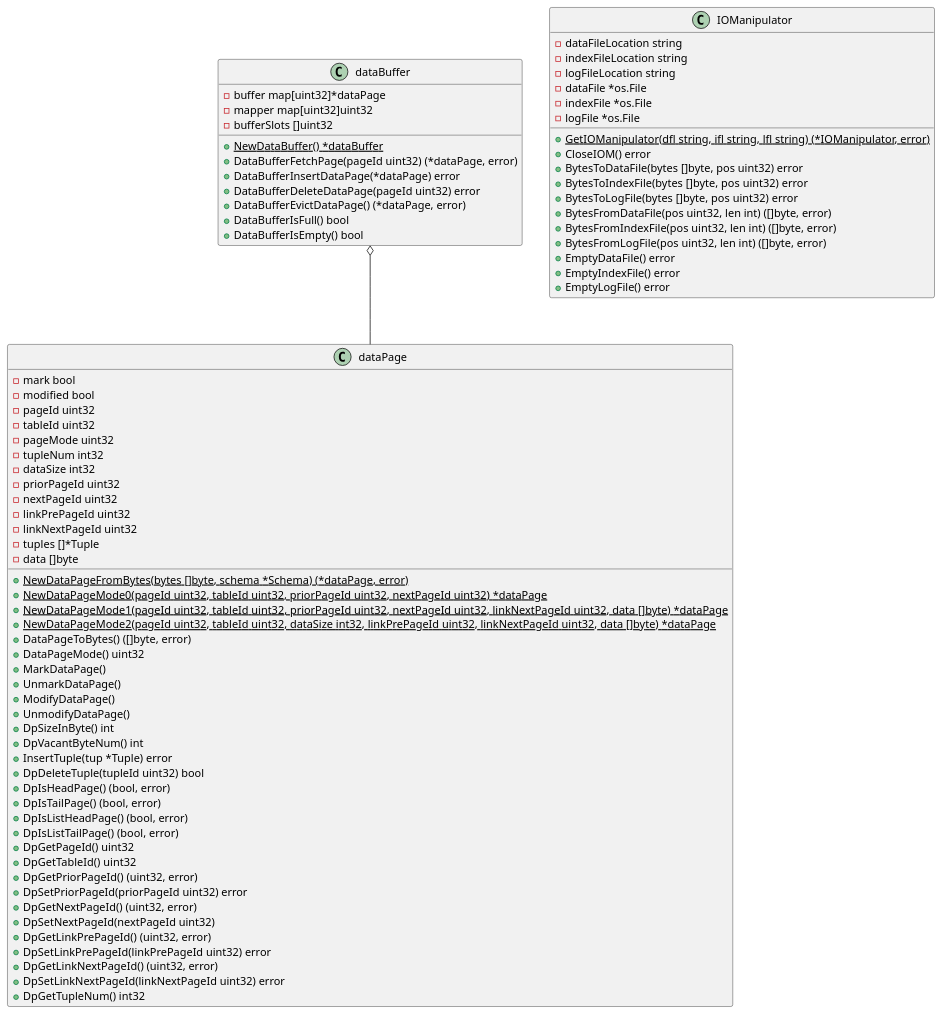
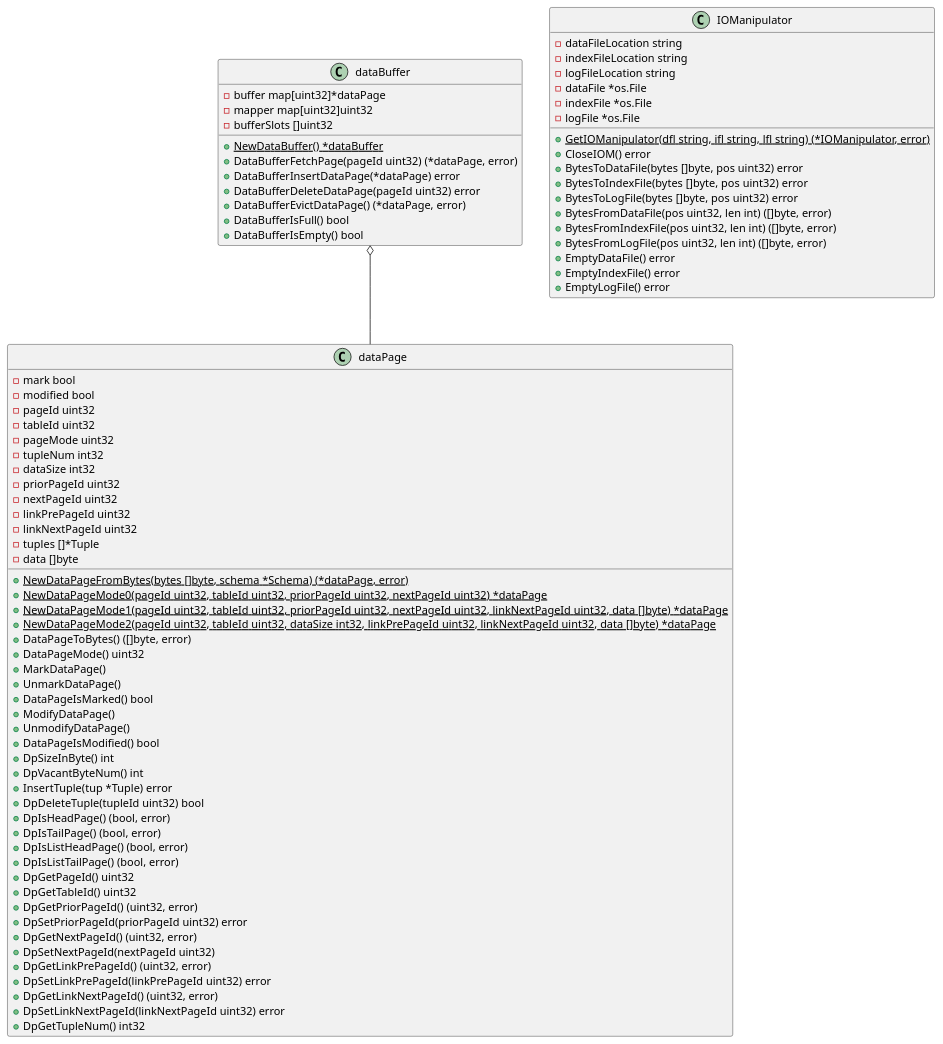
One commit to JorryJoestar/ZetaDB changed the diagram in UML/storage.wsd. Above: the diagram before and after it, drawn with PlantUML. The commit also changed 3 other files, not shown here.

```diff
--- a/UML/storage.wsd
+++ b/UML/storage.wsd
@@ -1,85 +1,87 @@
 @startuml
 
 class dataPage {
     -mark bool
     -modified bool
     -pageId uint32
     -tableId uint32
     -pageMode uint32
     -tupleNum int32
     -dataSize int32
     -priorPageId uint32
     -nextPageId uint32
     -linkPrePageId uint32
     -linkNextPageId uint32
     -tuples []*Tuple
     -data []byte
 
     +{static} NewDataPageFromBytes(bytes []byte, schema *Schema) (*dataPage, error)
     +{static} NewDataPageMode0(pageId uint32, tableId uint32, priorPageId uint32, nextPageId uint32) *dataPage
     +{static} NewDataPageMode1(pageId uint32, tableId uint32, priorPageId uint32, nextPageId uint32, linkNextPageId uint32, data []byte) *dataPage
     +{static} NewDataPageMode2(pageId uint32, tableId uint32, dataSize int32, linkPrePageId uint32, linkNextPageId uint32, data []byte) *dataPage
     +DataPageToBytes() ([]byte, error)
     +DataPageMode() uint32
     +MarkDataPage()
     +UnmarkDataPage()
+    +DataPageIsMarked() bool
     +ModifyDataPage()
     +UnmodifyDataPage()
+    +DataPageIsModified() bool
     +DpSizeInByte() int
     +DpVacantByteNum() int
     +InsertTuple(tup *Tuple) error
     +DpDeleteTuple(tupleId uint32) bool
     +DpIsHeadPage() (bool, error)
     +DpIsTailPage() (bool, error)
     +DpIsListHeadPage() (bool, error)
     +DpIsListTailPage() (bool, error)
     +DpGetPageId() uint32
     +DpGetTableId() uint32
     +DpGetPriorPageId() (uint32, error)
     +DpSetPriorPageId(priorPageId uint32) error
     +DpGetNextPageId() (uint32, error)
     +DpSetNextPageId(nextPageId uint32)
     +DpGetLinkPrePageId() (uint32, error)
     +DpSetLinkPrePageId(linkPrePageId uint32) error
     +DpGetLinkNextPageId() (uint32, error)
     +DpSetLinkNextPageId(linkNextPageId uint32) error
     +DpGetTupleNum() int32
 }
 
 class IOManipulator {
     -dataFileLocation string
     -indexFileLocation string
     -logFileLocation string
     -dataFile *os.File
     -indexFile *os.File
     -logFile *os.File
 
     +{static} GetIOManipulator(dfl string, ifl string, lfl string) (*IOManipulator, error)
     +CloseIOM() error
     +BytesToDataFile(bytes []byte, pos uint32) error
     +BytesToIndexFile(bytes []byte, pos uint32) error
     +BytesToLogFile(bytes []byte, pos uint32) error
     +BytesFromDataFile(pos uint32, len int) ([]byte, error)
     +BytesFromIndexFile(pos uint32, len int) ([]byte, error)
     +BytesFromLogFile(pos uint32, len int) ([]byte, error)
     +EmptyDataFile() error
     +EmptyIndexFile() error
     +EmptyLogFile() error
 }
 
 class dataBuffer {
     -buffer map[uint32]*dataPage
     -mapper map[uint32]uint32
     -bufferSlots []uint32
     +{static} NewDataBuffer() *dataBuffer
     +DataBufferFetchPage(pageId uint32) (*dataPage, error)
     +DataBufferInsertDataPage(*dataPage) error
     +DataBufferDeleteDataPage(pageId uint32) error
     +DataBufferEvictDataPage() (*dataPage, error)
     +DataBufferIsFull() bool
     +DataBufferIsEmpty() bool
 }
 
 dataBuffer o-- dataPage
 
 @enduml
```
